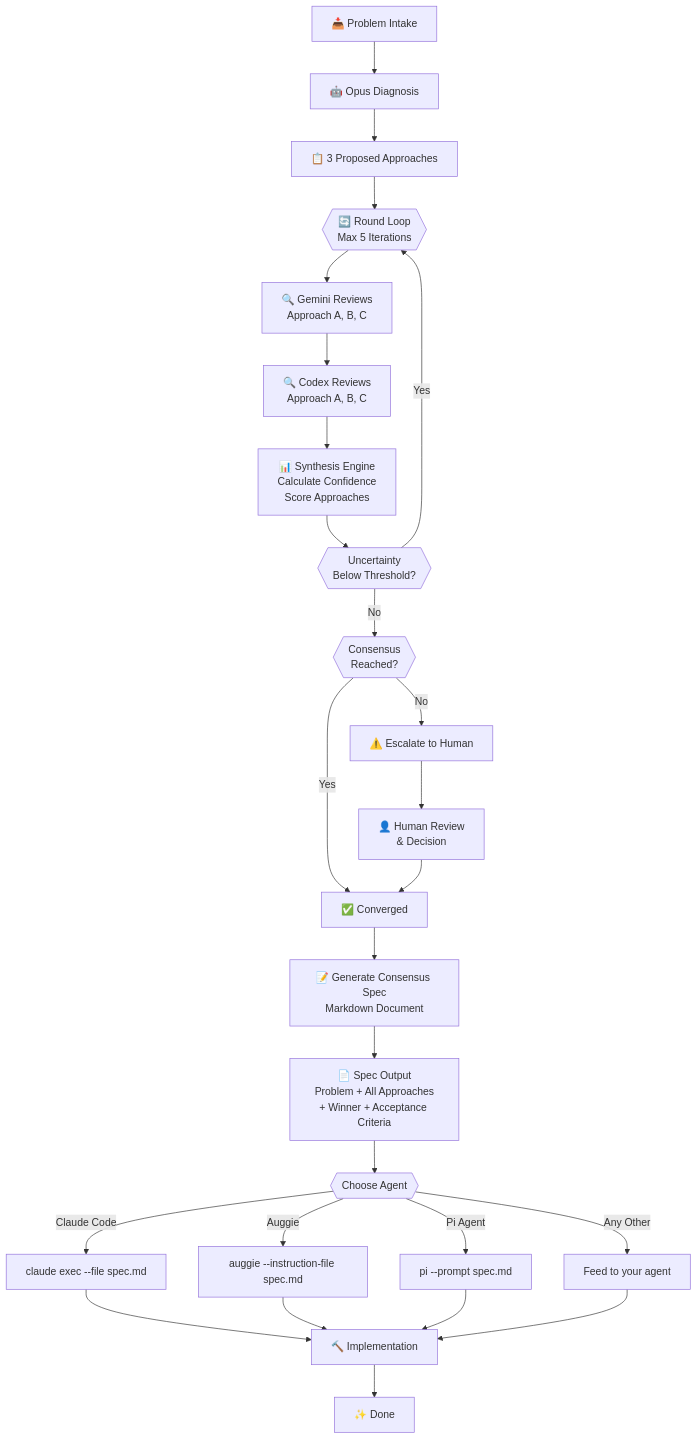
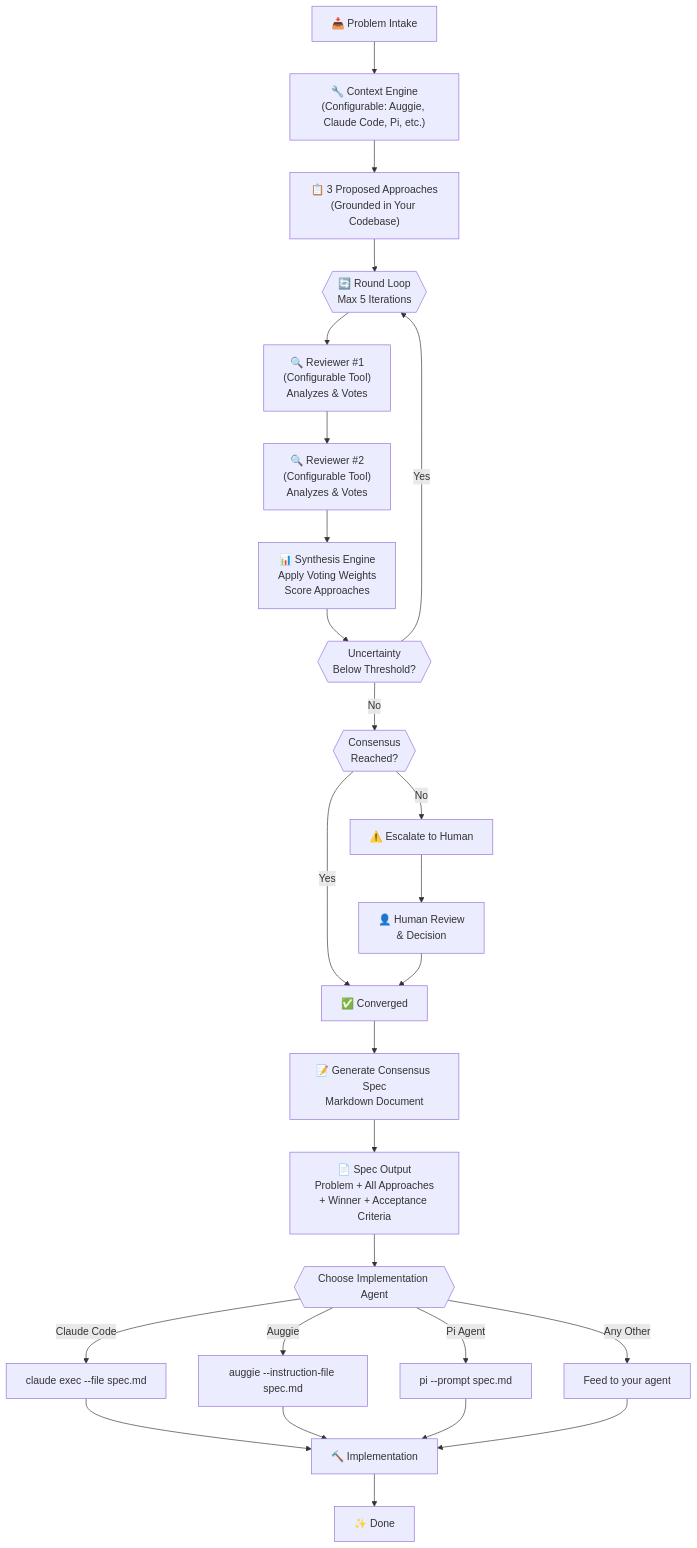
One commit to bsharpe/consensus-coder changed the diagram in README.md. Above: the diagram before and after it, drawn with Mermaid. The commit also changed other lines of this file and 18 other files, not shown here.

````diff
--- a/README.md
+++ b/README.md
@@ -252,37 +254,37 @@
 ```mermaid
 graph TD
-    A["📥 Problem Intake"] --> B["🤖 Opus Diagnosis"]
-    B --> C["📋 3 Proposed Approaches"]
+    A["📥 Problem Intake"] --> B["🔧 Context Engine<br/>(Configurable: Auggie, Claude Code, Pi, etc.)"]
+    B --> C["📋 3 Proposed Approaches<br/>(Grounded in Your Codebase)"]
     C --> D{{"🔄 Round Loop<br/>Max 5 Iterations"}}
     
-    D --> E["🔍 Gemini Reviews<br/>Approach A, B, C"]
-    E --> F["🔍 Codex Reviews<br/>Approach A, B, C"]
-    F --> G["📊 Synthesis Engine<br/>Calculate Confidence<br/>Score Approaches"]
+    D --> E["🔍 Reviewer #1<br/>(Configurable Tool)<br/>Analyzes & Votes"]
+    E --> F["🔍 Reviewer #2<br/>(Configurable Tool)<br/>Analyzes & Votes"]
+    F --> G["📊 Synthesis Engine<br/>Apply Voting Weights<br/>Score Approaches"]
     
     G --> H{{"Uncertainty<br/>Below Threshold?"}}
     H -->|Yes| D
     H -->|No| I{{"Consensus<br/>Reached?"}}
     
     I -->|Yes| J["✅ Converged"]
     I -->|No| K["⚠️ Escalate to Human"]
     
     K --> M["👤 Human Review<br/>& Decision"]
     M --> J
     
     J --> L["📝 Generate Consensus Spec<br/>Markdown Document"]
     
     L --> N["📄 Spec Output<br/>Problem + All Approaches<br/>+ Winner + Acceptance Criteria"]
     
-    N --> O{{"Choose Agent"}}
+    N --> O{{"Choose Implementation Agent"}}
     O -->|Claude Code| P["claude exec --file spec.md"]
     O -->|Auggie| Q["auggie --instruction-file spec.md"]
     O -->|Pi Agent| R["pi --prompt spec.md"]
     O -->|Any Other| S["Feed to your agent"]
     
     P --> T["🔨 Implementation"]
     Q --> T
     R --> T
     S --> T
     
     T --> U["✨ Done"]
 ```
````
